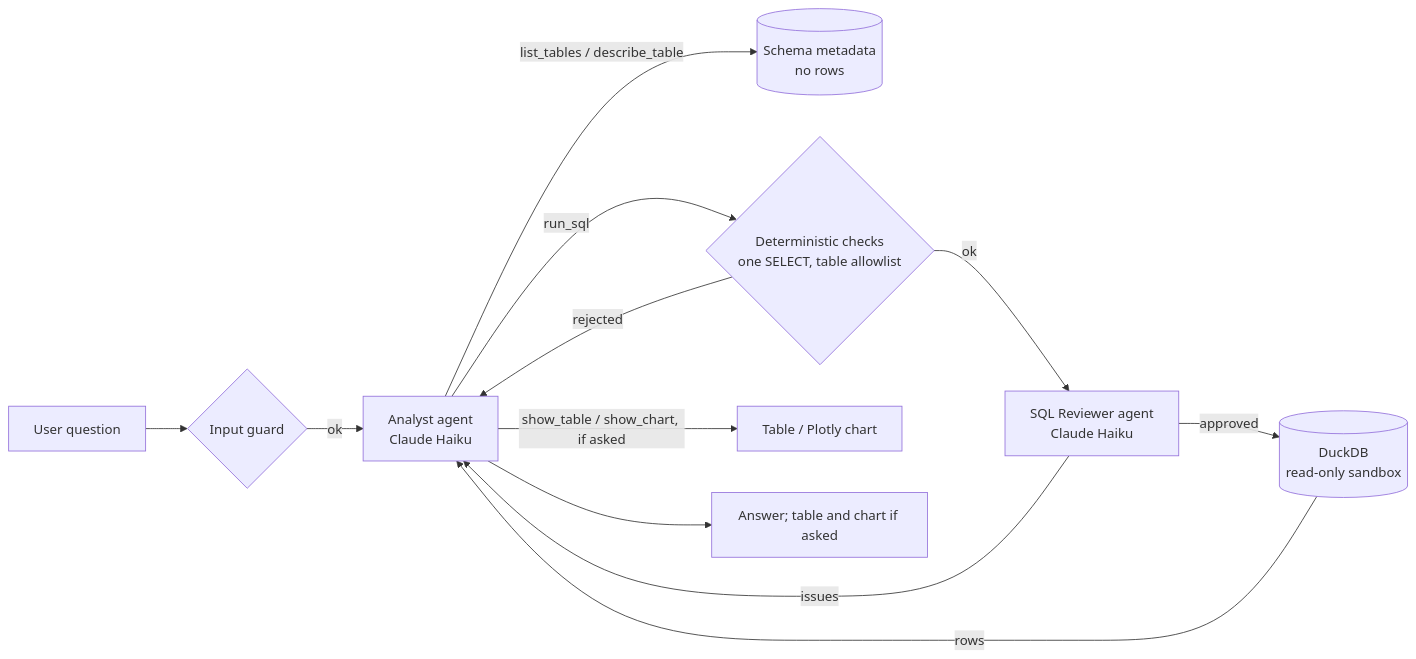
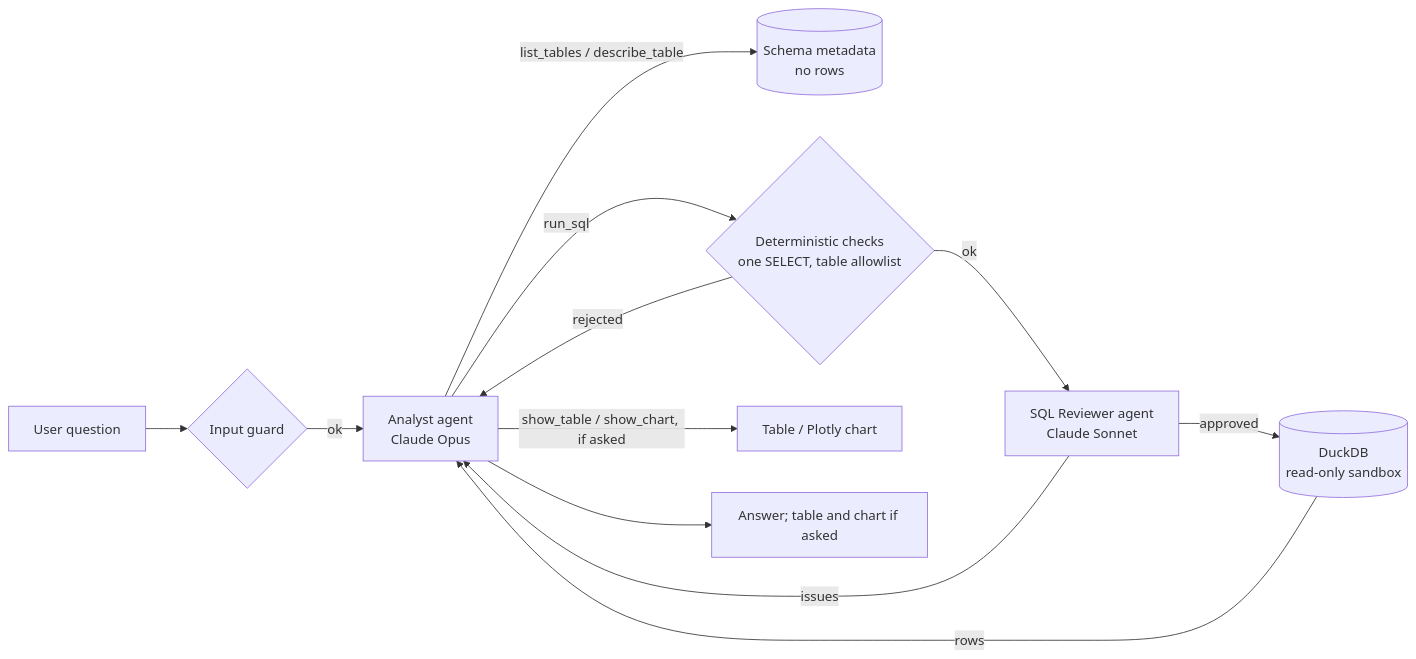
One commit to datenwissenschaften/agentic-data-analyst changed the diagram in README.md. Above: the diagram before and after it, drawn with Mermaid. The commit also changed other lines of this file and 4 other files, not shown here.

Commit message:
Set default models to Opus for analysts and Sonnet for reviewers; update effort levels and pricing logic across configuration, code, and tests.

````diff
--- a/README.md
+++ b/README.md
@@ -13,14 +13,14 @@
 ```mermaid
 flowchart LR
     U[User question] --> G{Input guard}
-    G -->|ok| A[Analyst agent<br/>Claude Haiku]
+    G -->|ok| A[Analyst agent<br/>Claude Opus]
     A -->|list_tables / describe_table| M[(Schema metadata<br/>no rows)]
     A -->|run_sql| C{Deterministic checks<br/>one SELECT, table allowlist}
-    C -->|ok| R[SQL Reviewer agent<br/>Claude Haiku]
+    C -->|ok| R[SQL Reviewer agent<br/>Claude Sonnet]
     C -->|rejected| A
     R -->|approved| D[(DuckDB<br/>read-only sandbox)]
     R -->|issues| A
     D -->|rows| A
     A -->|show_table / show_chart, if asked| P[Table / Plotly chart]
     A --> Ans[Answer; table and chart if asked]
 ```
````
